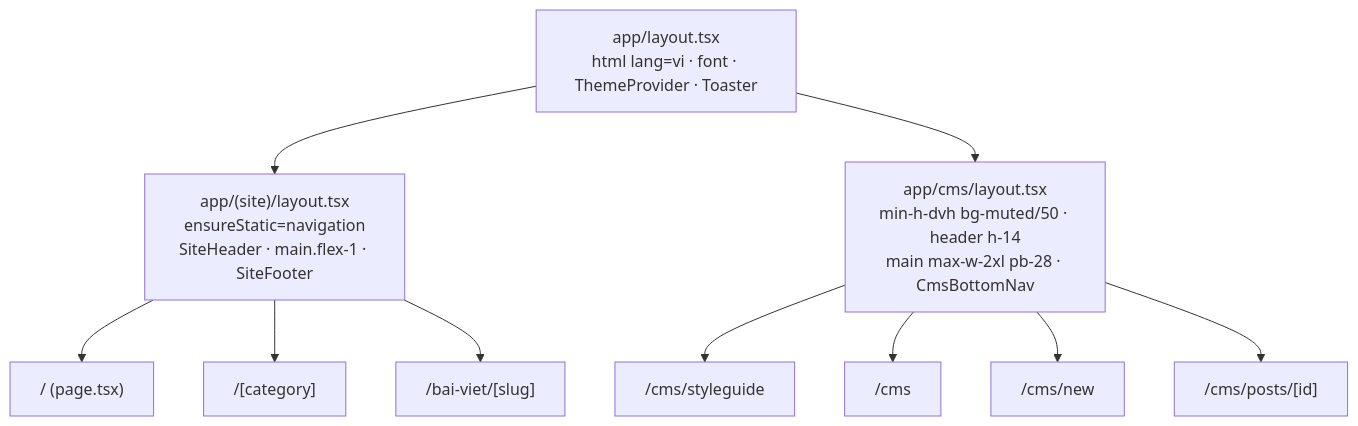
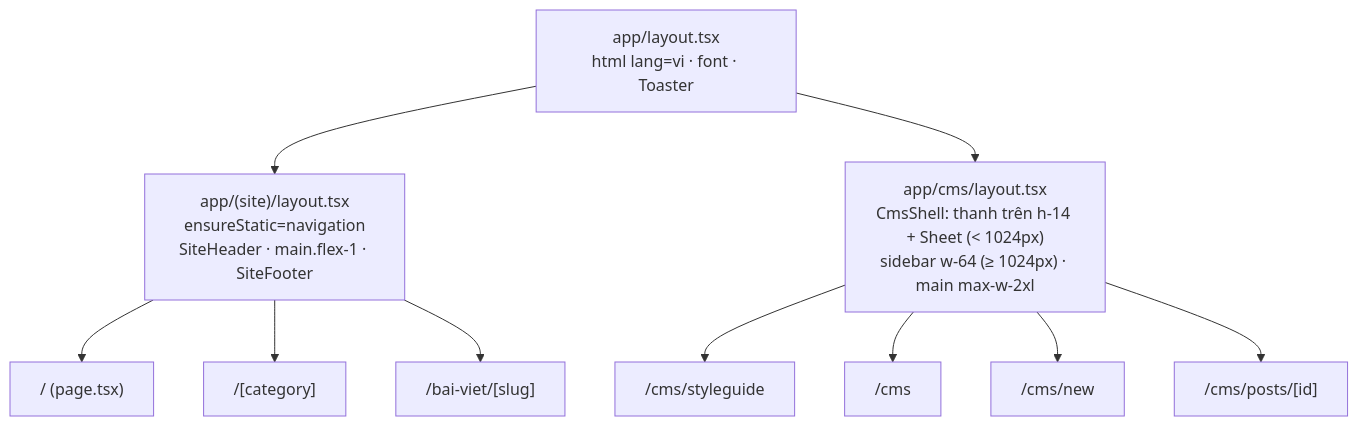
Before and after one commit to lqvinh1205/affiliate-project: the diagram in docs/nen-tang-ky-thuat/giao-dien.md, drawn with Mermaid. The commit also changed other lines of this file and 31 other files, not shown here.

````diff
--- a/docs/nen-tang-ky-thuat/giao-dien.md
+++ b/docs/nen-tang-ky-thuat/giao-dien.md
@@ -170,13 +187,13 @@
 ```mermaid
 flowchart TD
-  Root["app/layout.tsx<br/>html lang=vi · font · ThemeProvider · Toaster"]
+  Root["app/layout.tsx<br/>html lang=vi · font · Toaster"]
   Root --> Site["app/(site)/layout.tsx<br/>ensureStatic=navigation<br/>SiteHeader · main.flex-1 · SiteFooter"]
-  Root --> Cms["app/cms/layout.tsx<br/>min-h-dvh bg-muted/50 · header h-14<br/>main max-w-2xl pb-28 · CmsBottomNav"]
+  Root --> Cms["app/cms/layout.tsx<br/>CmsShell: thanh trên h-14 + Sheet (< 1024px)<br/>sidebar w-64 (≥ 1024px) · main max-w-2xl"]
   Cms --> Sg["/cms/styleguide"]
   Site --> Home["/ (page.tsx)"]
   Site --> Cat["/[category]"]
   Site --> Post["/bai-viet/[slug]"]
   Cms --> List["/cms"]
   Cms --> New["/cms/new"]
   Cms --> Edit["/cms/posts/[id]"]
 ```
````
